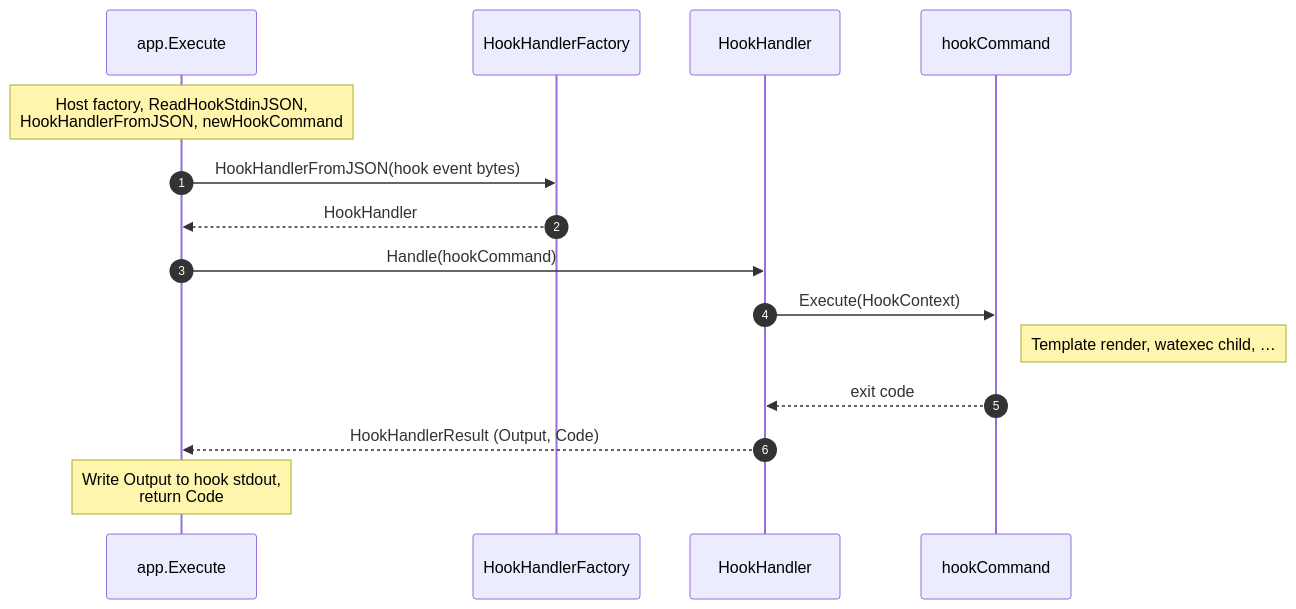
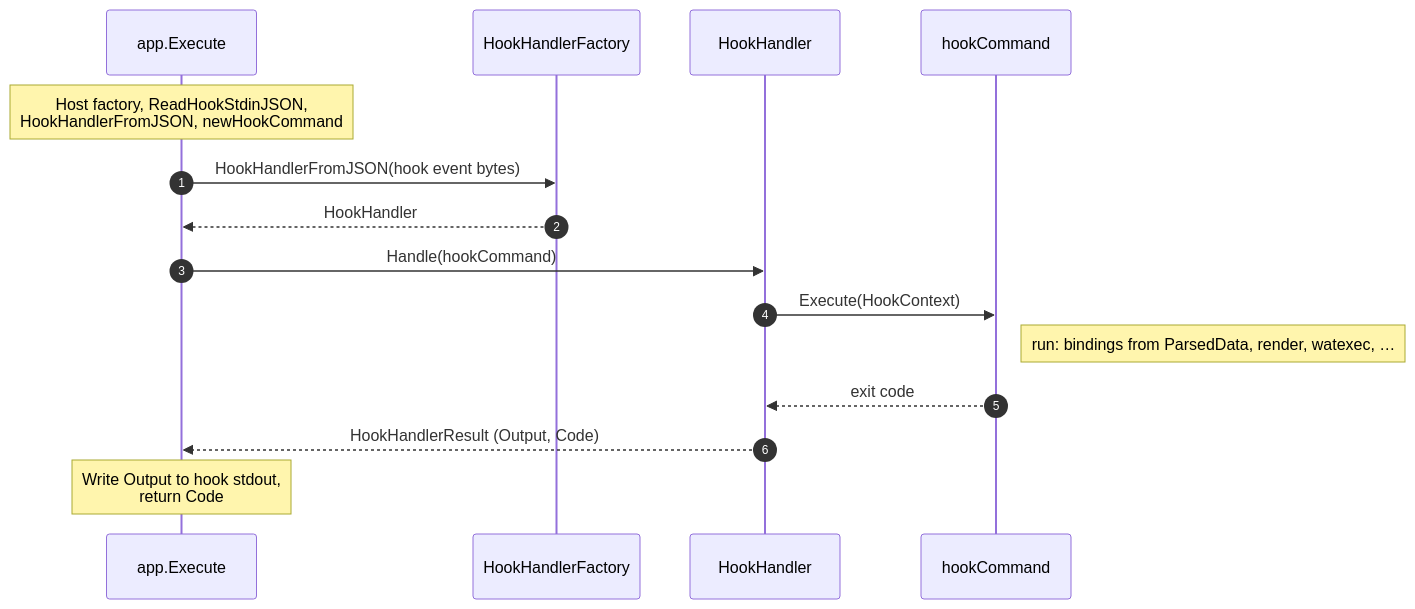
The first of 3 diagrams in README.md (sviatsviatsviat/wat), drawn with Mermaid before and after one commit. The commit also changed other lines of this file and 34 other files, not shown here.

First line of the commit message:
refactor: move Cursor template bindings into run

````diff
--- a/README.md
+++ b/README.md
@@ -208,18 +208,18 @@
 ```mermaid
 sequenceDiagram
   autonumber
   participant A as app.Execute
   participant F as HookHandlerFactory
   participant H as HookHandler
   participant C as hookCommand
 
   Note over A: Host factory, ReadHookStdinJSON,<br/>HookHandlerFromJSON, newHookCommand
   A->>F: HookHandlerFromJSON(hook event bytes)
   F-->>A: HookHandler
   A->>H: Handle(hookCommand)
   H->>C: Execute(HookContext)
-  Note right of C: Template render, watexec child, …
+  Note right of C: run: bindings from ParsedData, render, watexec, …
   C-->>H: exit code
   H-->>A: HookHandlerResult (Output, Code)
   Note over A: Write Output to hook stdout,<br/>return Code
 ```
````
